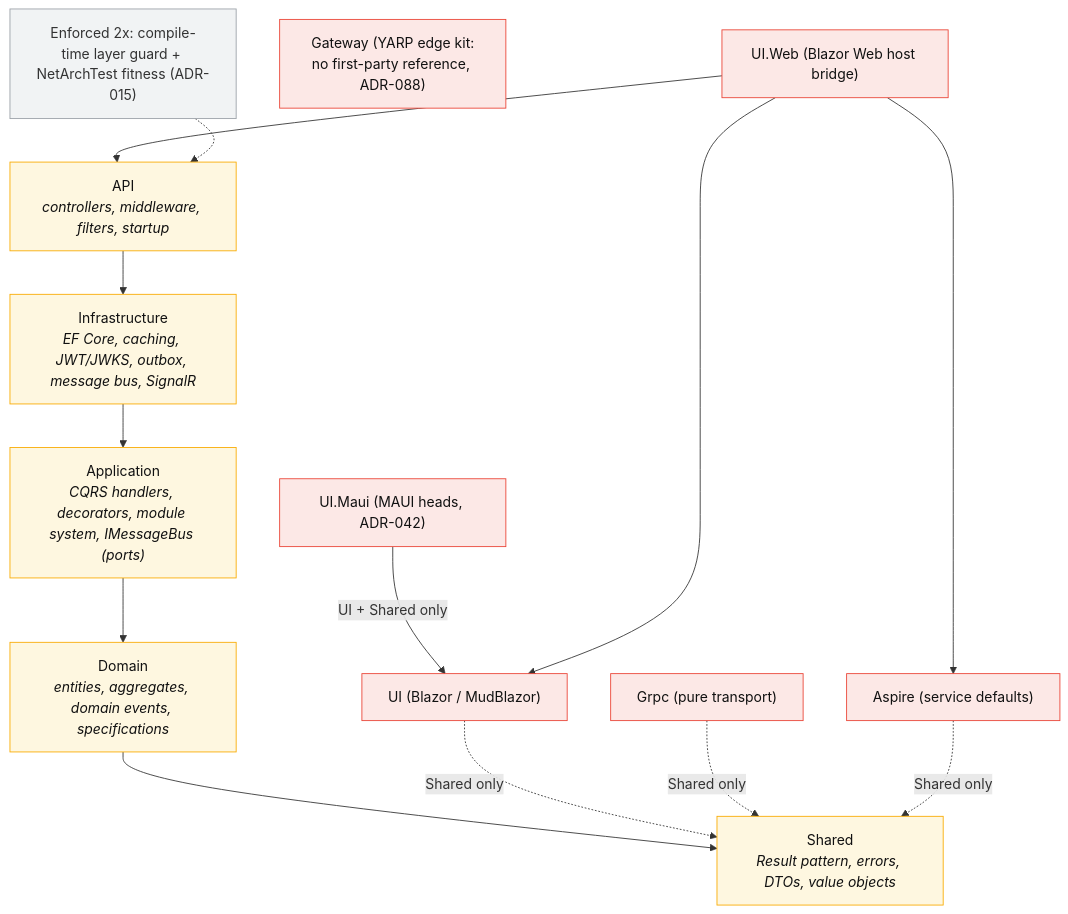
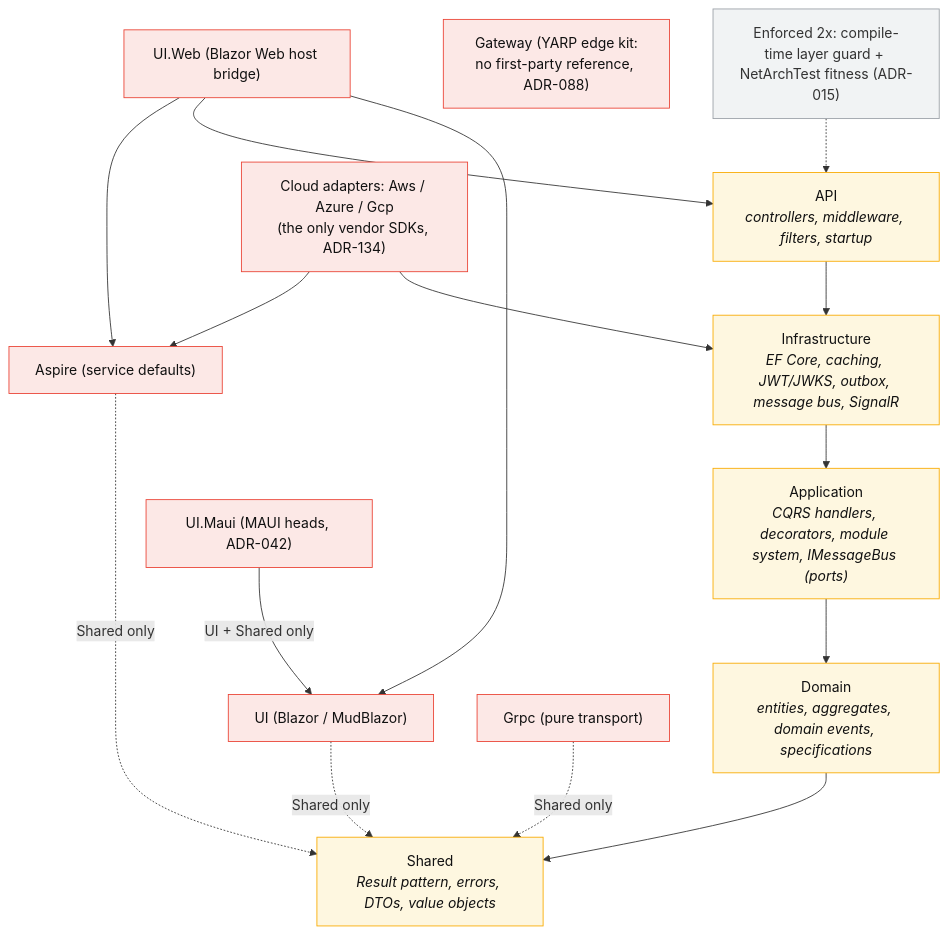
One commit to ivanball/ivanball.github.io changed the second of 15 diagrams in docs-src/onboarding/CONCEPT-MAPS.md. Above: the diagram before and after it, drawn with Mermaid. The commit also changed other lines of this file and 84 other files, not shown here.

First line of the commit message:
docs(onboarding): 2026-10-29 drift sweep + cloud provider adapters chapter (#289)

````diff
--- a/docs-src/onboarding/CONCEPT-MAPS.md
+++ b/docs-src/onboarding/CONCEPT-MAPS.md
@@ -105,33 +119,36 @@
 ```mermaid
 flowchart TD
     APIL["API<br/><i>controllers, middleware, filters, startup</i>"]
     INFL["Infrastructure<br/><i>EF Core, caching, JWT/JWKS, outbox, message bus, SignalR</i>"]
     APPL["Application<br/><i>CQRS handlers, decorators, module system, IMessageBus (ports)</i>"]
     DOML["Domain<br/><i>entities, aggregates, domain events, specifications</i>"]
     SHRL["Shared<br/><i>Result pattern, errors, DTOs, value objects</i>"]
     UIL["UI (Blazor / MudBlazor)"]
     GRPCL["Grpc (pure transport)"]
     ASPL["Aspire (service defaults)"]
     UIMA["UI.Maui (MAUI heads, ADR-042)"]
     UIWB["UI.Web (Blazor Web host bridge)"]
     GWL["Gateway (YARP edge kit:<br/>no first-party reference, ADR-088)"]
+    CLDL["Cloud adapters: Aws / Azure / Gcp<br/>(the only vendor SDKs, ADR-134)"]
 
     APIL --> INFL --> APPL --> DOML --> SHRL
     UIL -.->|"Shared only"| SHRL
     GRPCL -.->|"Shared only"| SHRL
     ASPL -.->|"Shared only"| SHRL
     UIMA -->|"UI + Shared only"| UIL
     UIWB --> UIL
     UIWB --> APIL
     UIWB --> ASPL
+    CLDL --> INFL
+    CLDL --> ASPL
 
     ENF["Enforced 2x: compile-time layer guard + NetArchTest fitness (ADR-015)"]
     ENF -.-> APIL
 
     classDef layer fill:#fef7e0,stroke:#f9ab00,color:#111
     classDef exc fill:#fce8e6,stroke:#ea4335,color:#111
     classDef note fill:#f1f3f4,stroke:#9aa0a6,color:#333
     class APIL,INFL,APPL,DOML,SHRL layer
-    class UIL,GRPCL,ASPL,UIMA,UIWB,GWL exc
+    class UIL,GRPCL,ASPL,UIMA,UIWB,GWL,CLDL exc
     class ENF note
 ```
````
